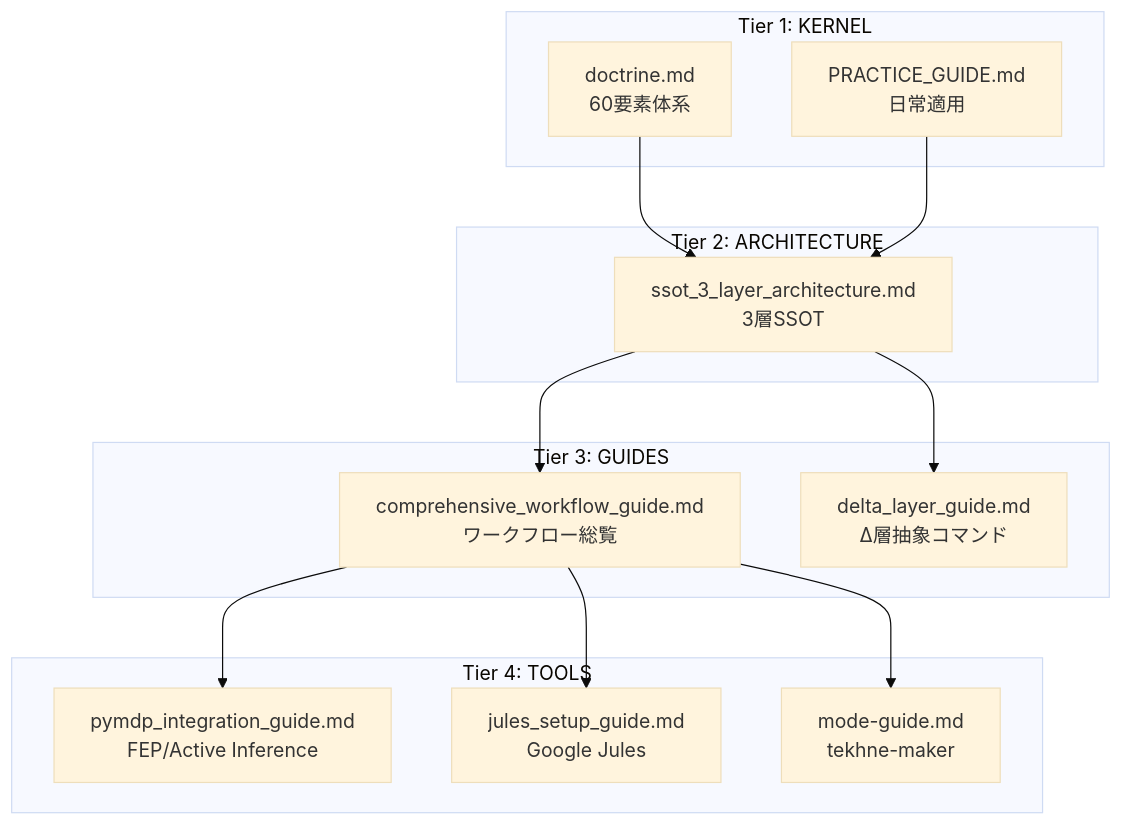
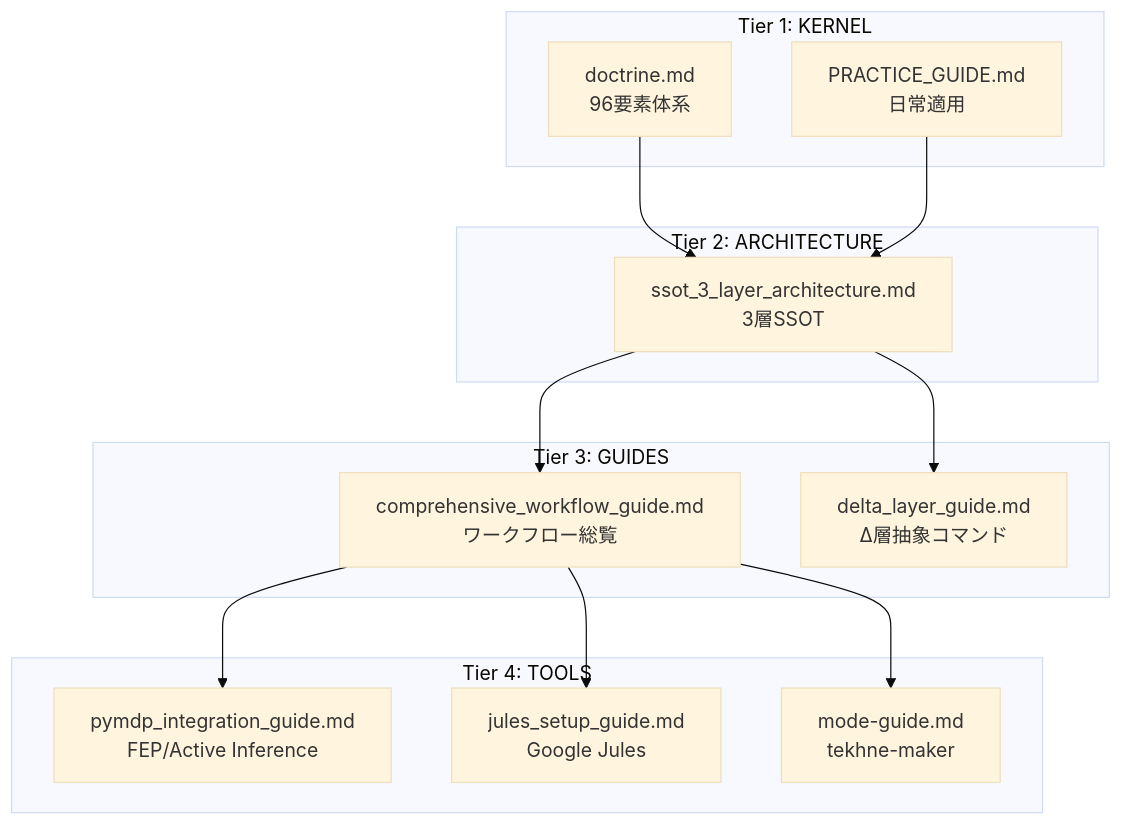
Before and after one commit to laihuip001/hegemonikon: the diagram in docs/guides/workflow_manual_integrated_ja.md, drawn with Mermaid (base theme). The commit also changed other lines of this file and 10 other files, not shown here.

````diff
--- a/docs/guides/workflow_manual_integrated_ja.md
+++ b/docs/guides/workflow_manual_integrated_ja.md
@@ -43,30 +43,30 @@
 ```mermaid
 graph TB
     subgraph "Tier 1: KERNEL"
-        D[doctrine.md<br/>60要素体系]
+        D[doctrine.md<br/>96要素体系]
         P[PRACTICE_GUIDE.md<br/>日常適用]
     end
     
     subgraph "Tier 2: ARCHITECTURE"
         S[ssot_3_layer_architecture.md<br/>3層SSOT]
     end
     
     subgraph "Tier 3: GUIDES"
         CW[comprehensive_workflow_guide.md<br/>ワークフロー総覧]
         DL[delta_layer_guide.md<br/>Δ層抽象コマンド]
     end
     
     subgraph "Tier 4: TOOLS"
         PY[pymdp_integration_guide.md<br/>FEP/Active Inference]
         JU[jules_setup_guide.md<br/>Google Jules]
         TK[mode-guide.md<br/>tekhne-maker]
     end
     
     D --> S
     P --> S
     S --> CW
     S --> DL
     CW --> PY
     CW --> JU
     CW --> TK
 ```
````
